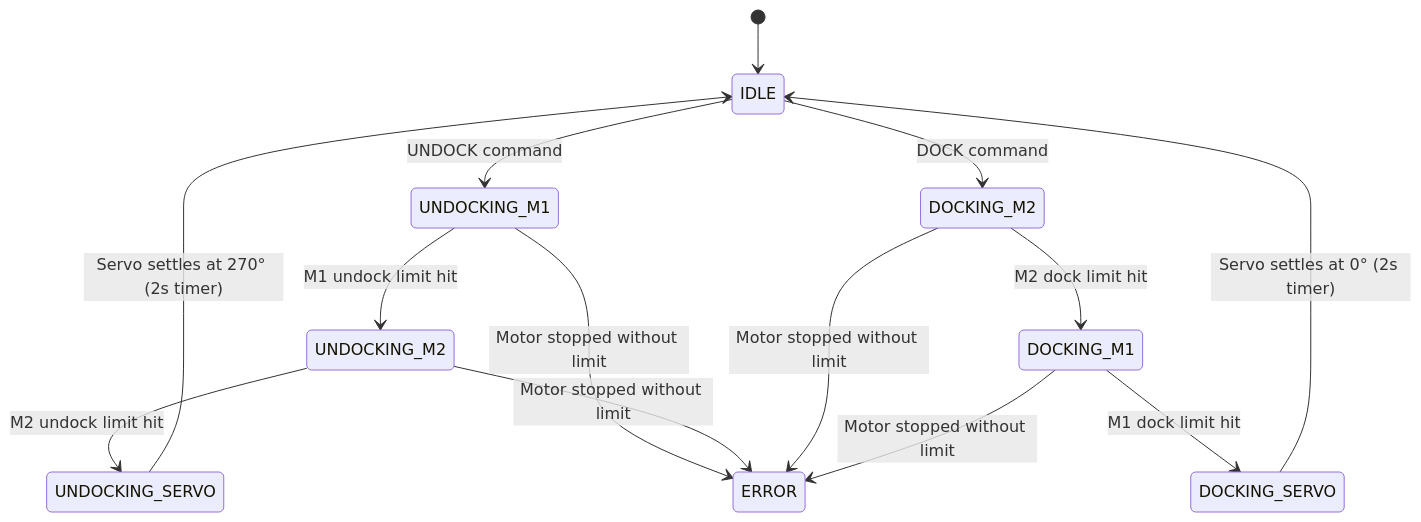
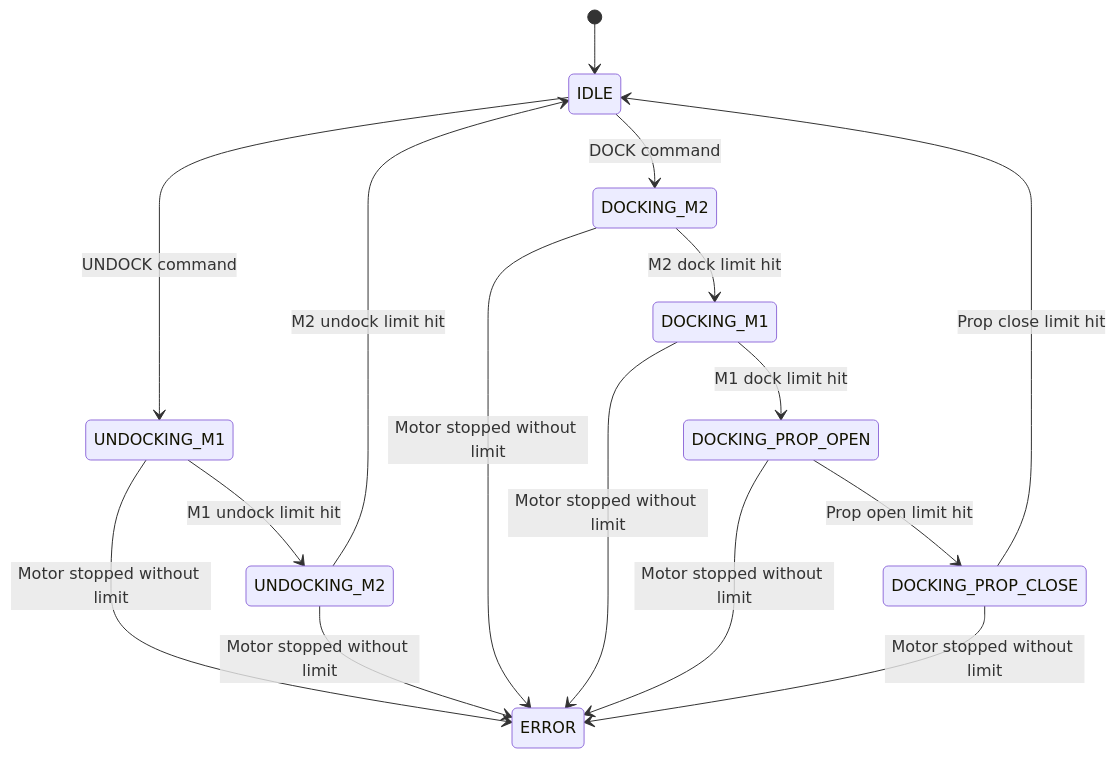
Before and after one commit to onlinecodewithme/drone_dock_locking_system: the diagram in README.md, drawn with Mermaid. The commit also changed other lines of this file and 7 other files, not shown here.

````diff
--- a/README.md
+++ b/README.md
@@ -173,19 +161,21 @@
 ```mermaid
 stateDiagram-v2
     [*] --> IDLE
 
     IDLE --> UNDOCKING_M1 : UNDOCK command
     UNDOCKING_M1 --> UNDOCKING_M2 : M1 undock limit hit
-    UNDOCKING_M2 --> UNDOCKING_SERVO : M2 undock limit hit
-    UNDOCKING_SERVO --> IDLE : Servo settles at 270° (2s timer)
+    UNDOCKING_M2 --> IDLE : M2 undock limit hit
 
     IDLE --> DOCKING_M2 : DOCK command
     DOCKING_M2 --> DOCKING_M1 : M2 dock limit hit
-    DOCKING_M1 --> DOCKING_SERVO : M1 dock limit hit
-    DOCKING_SERVO --> IDLE : Servo settles at 0° (2s timer)
+    DOCKING_M1 --> DOCKING_PROP_OPEN : M1 dock limit hit
+    DOCKING_PROP_OPEN --> DOCKING_PROP_CLOSE : Prop open limit hit
+    DOCKING_PROP_CLOSE --> IDLE : Prop close limit hit
 
     UNDOCKING_M1 --> ERROR : Motor stopped without limit
     UNDOCKING_M2 --> ERROR : Motor stopped without limit
     DOCKING_M2 --> ERROR : Motor stopped without limit
     DOCKING_M1 --> ERROR : Motor stopped without limit
+    DOCKING_PROP_OPEN --> ERROR : Motor stopped without limit
+    DOCKING_PROP_CLOSE --> ERROR : Motor stopped without limit
 ```
````
